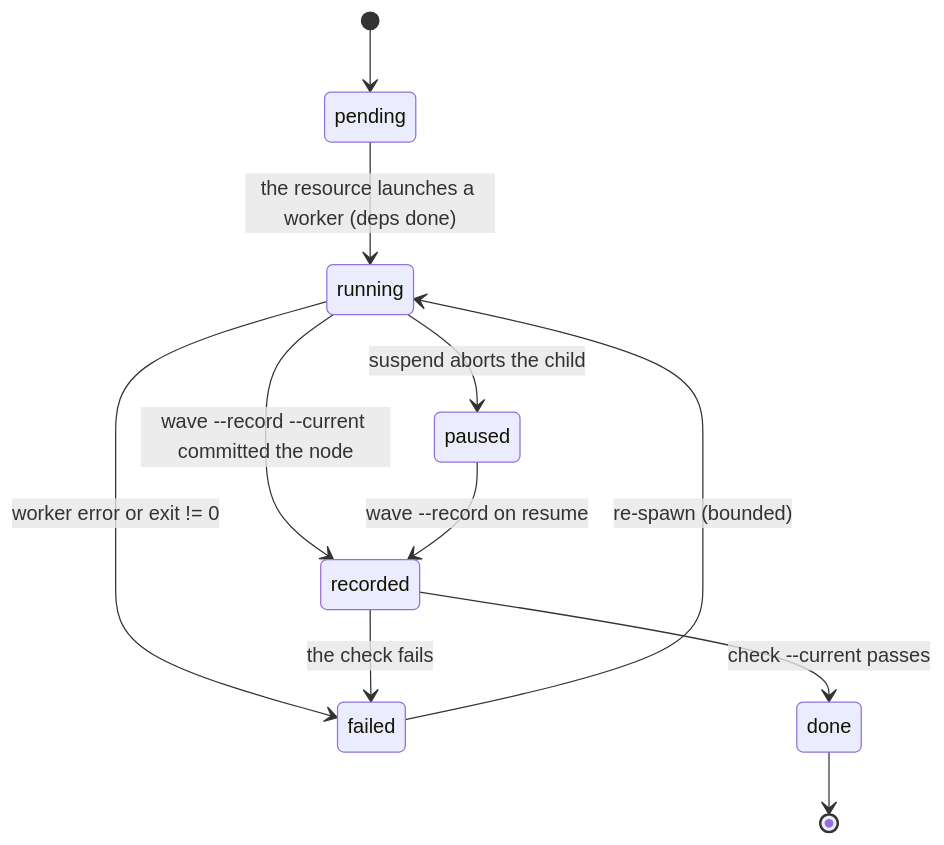
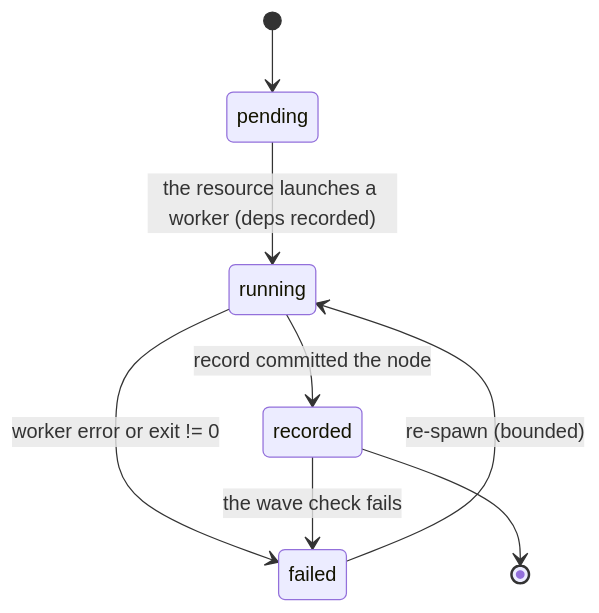
The tenth of 10 diagrams in docs/architecture.md (ming6ao/sliceme), drawn with Mermaid before and after one commit. The commit also changed other lines of this file and 58 other files, not shown here.

````diff
--- a/docs/architecture.md
+++ b/docs/architecture.md
@@ -463,13 +455,10 @@
 ```mermaid
 stateDiagram-v2
   [*] --> pending
-  pending --> running: the resource launches a worker (deps done)
-  running --> recorded: wave --record --current committed the node
+  pending --> running: the resource launches a worker (deps recorded)
+  running --> recorded: record committed the node
   running --> failed: worker error or exit != 0
-  running --> paused: suspend aborts the child
-  paused --> recorded: wave --record on resume
-  recorded --> done: check --current passes
-  recorded --> failed: the check fails
+  recorded --> failed: the wave check fails
   failed --> running: re-spawn (bounded)
-  done --> [*]
+  recorded --> [*]
 ```
````
